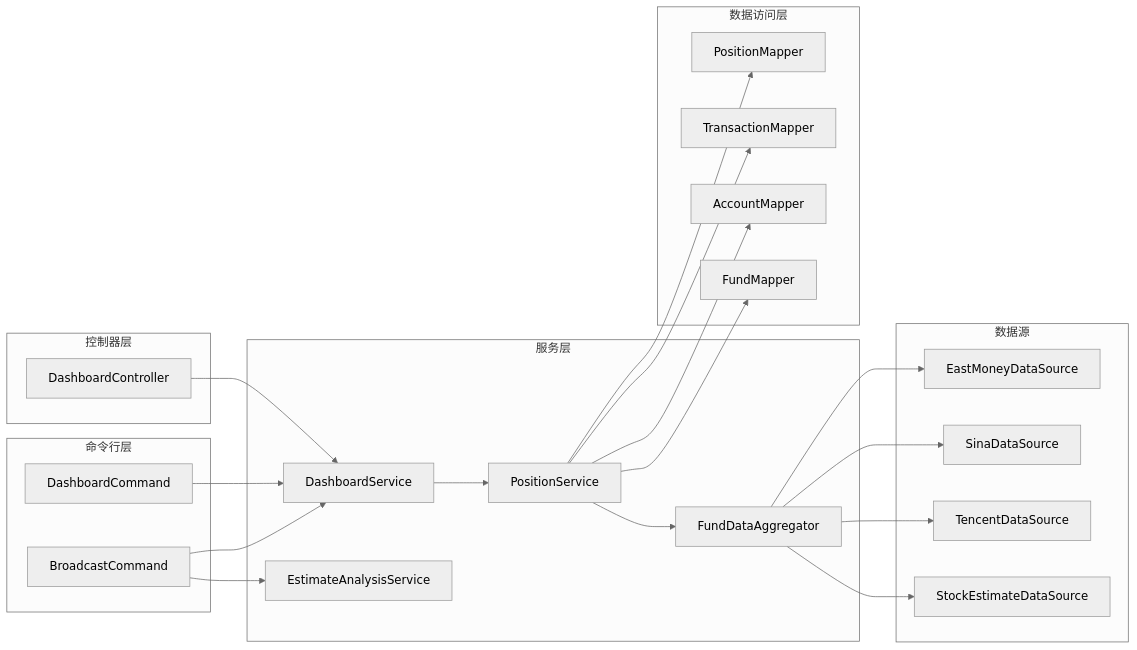
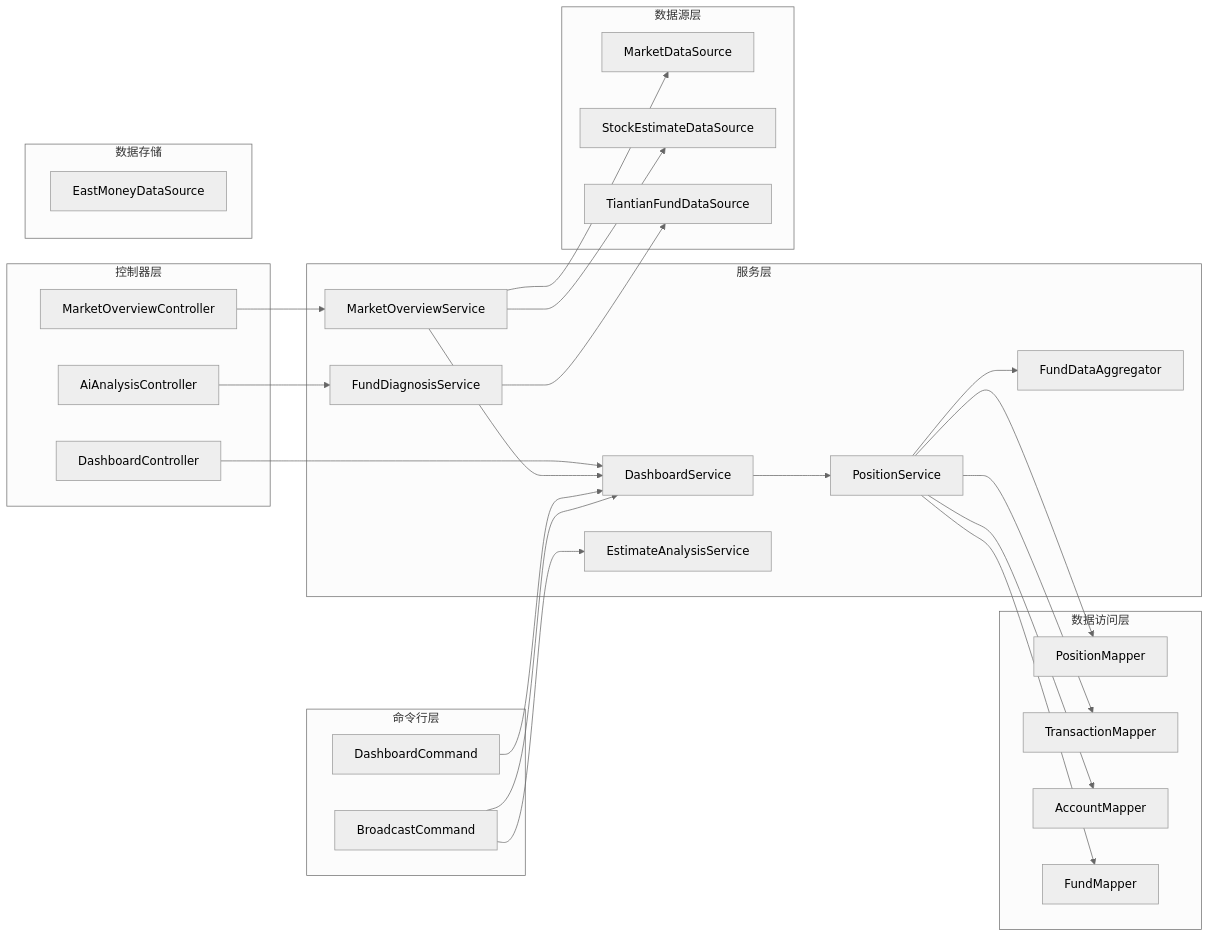
Diagram 15 of 16 in .qoder/repowiki/zh/content/Dashboard Enhancement.md (gree-coder/fund-butler), drawn with Mermaid (neutral theme) before and after one commit. The commit also changed other lines of this file and 22 other files, not shown here.

````diff
--- a/.qoder/repowiki/zh/content/Dashboard Enhancement.md
+++ b/.qoder/repowiki/zh/content/Dashboard Enhancement.md
@@ -537,42 +839,51 @@
 ```mermaid
 graph LR
 subgraph "控制器层"
 DC[DashboardController]
+MOC[MarketOverviewController]
+AIC[AiAnalysisController]
 end
 subgraph "服务层"
 DS[DashboardService]
 PS[PositionService]
+MOS[MarketOverviewService]
+FDS[FundDiagnosisService]
 FDA[FundDataAggregator]
 ES[EstimateAnalysisService]
+end
+subgraph "数据源层"
+MD[MarketDataSource]
+SD[SectorDataSource]
+TDS[TiantianFundDataSource]
 end
 subgraph "命令行层"
 DBC[DashboardCommand]
 BC[BroadcastCommand]
 end
 subgraph "数据访问层"
 PM[PositionMapper]
 TM[TransactionMapper]
 AM[AccountMapper]
 FM[FundMapper]
 end
-subgraph "数据源"
+subgraph "数据存储"
 ED[EastMoneyDataSource]
-SD[SinaDataSource]
-TD[TencentDataSource]
-SED[StockEstimateDataSource]
+SD[StockEstimateDataSource]
 end
 DC --> DS
+MOC --> MOS
+AIC --> FDS
 DS --> PS
 PS --> PM
 PS --> TM
 PS --> AM
 PS --> FM
 PS --> FDA
-FDA --> ED
-FDA --> SD
-FDA --> TD
-FDA --> SED
+MOS --> MD
+MOS --> SD
+MOS --> DS
+FDS --> TDS
 DBC --> DS
 BC --> DS
 BC --> ES
 ```
````
